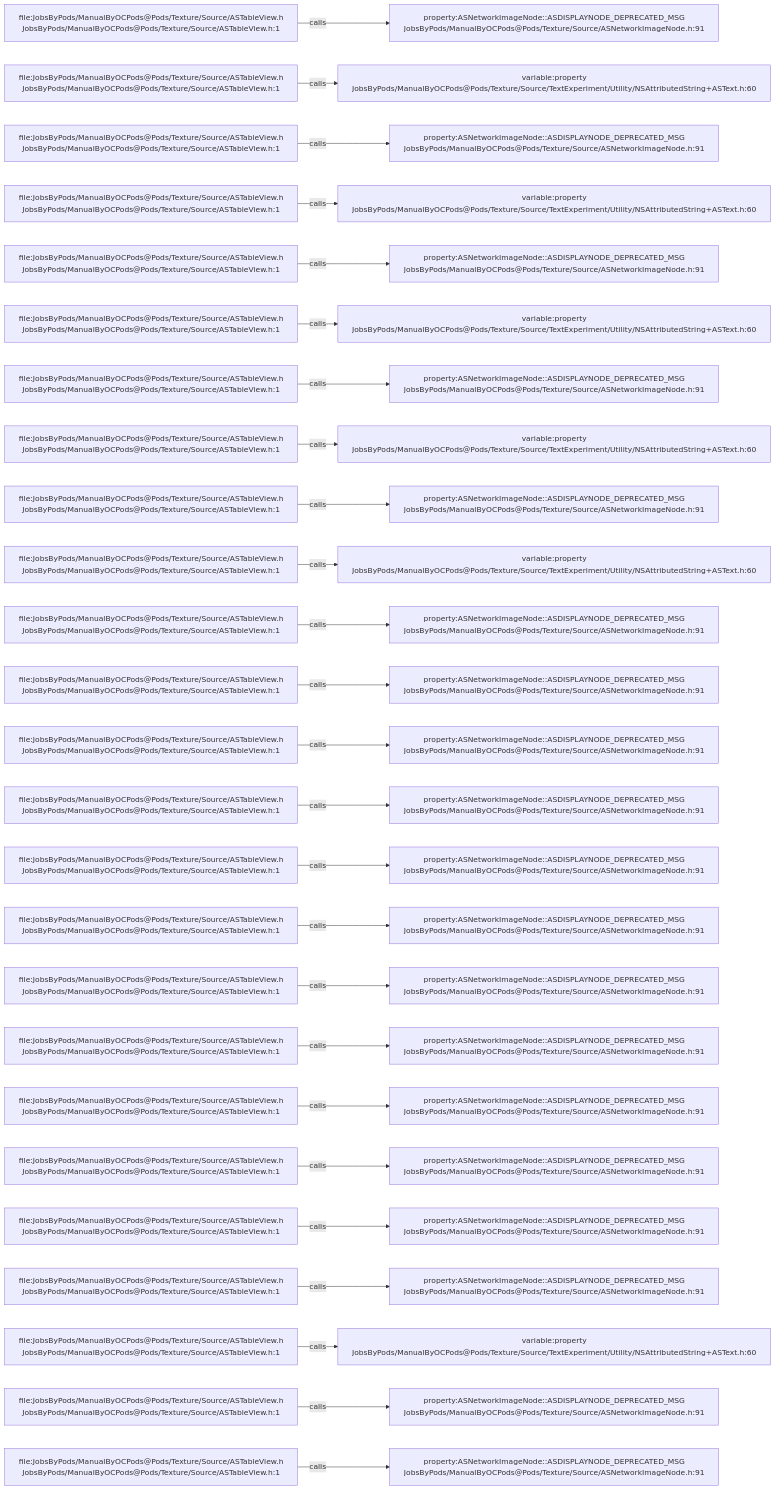
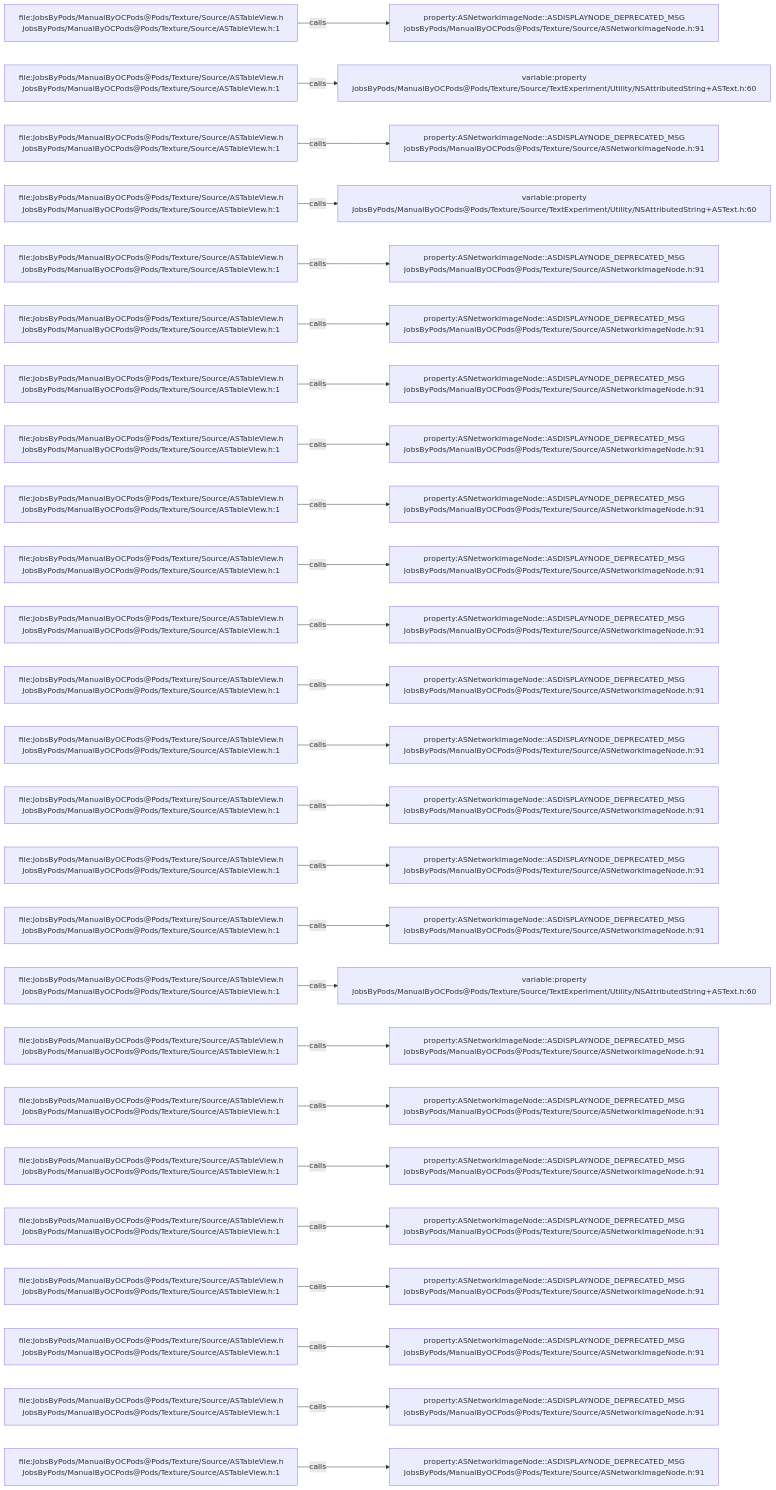
The diagram in .codegraph/codegraph.md/graphs/calls-117.md (JobsKits/JobsOCBaseConfigDemo), drawn with Mermaid before and after one commit. The commit also changed 666 other files, not shown here.

````diff
--- a/.codegraph/codegraph.md/graphs/calls-117.md
+++ b/.codegraph/codegraph.md/graphs/calls-117.md
@@ -13,78 +13,78 @@
 ```mermaid
 flowchart LR
   S1["file:JobsByPods/ManualByOCPods@Pods/Texture/Source/ASTableView.h<br/>JobsByPods/ManualByOCPods@Pods/Texture/Source/ASTableView.h:1"]
   T1["property:ASNetworkImageNode::ASDISPLAYNODE_DEPRECATED_MSG<br/>JobsByPods/ManualByOCPods@Pods/Texture/Source/ASNetworkImageNode.h:91"]
   S1 -->|calls| T1
   S2["file:JobsByPods/ManualByOCPods@Pods/Texture/Source/ASTableView.h<br/>JobsByPods/ManualByOCPods@Pods/Texture/Source/ASTableView.h:1"]
   T2["variable:property<br/>JobsByPods/ManualByOCPods@Pods/Texture/Source/TextExperiment/Utility/NSAttributedString+ASText.h:60"]
   S2 -->|calls| T2
   S3["file:JobsByPods/ManualByOCPods@Pods/Texture/Source/ASTableView.h<br/>JobsByPods/ManualByOCPods@Pods/Texture/Source/ASTableView.h:1"]
   T3["property:ASNetworkImageNode::ASDISPLAYNODE_DEPRECATED_MSG<br/>JobsByPods/ManualByOCPods@Pods/Texture/Source/ASNetworkImageNode.h:91"]
   S3 -->|calls| T3
   S4["file:JobsByPods/ManualByOCPods@Pods/Texture/Source/ASTableView.h<br/>JobsByPods/ManualByOCPods@Pods/Texture/Source/ASTableView.h:1"]
   T4["variable:property<br/>JobsByPods/ManualByOCPods@Pods/Texture/Source/TextExperiment/Utility/NSAttributedString+ASText.h:60"]
   S4 -->|calls| T4
   S5["file:JobsByPods/ManualByOCPods@Pods/Texture/Source/ASTableView.h<br/>JobsByPods/ManualByOCPods@Pods/Texture/Source/ASTableView.h:1"]
   T5["property:ASNetworkImageNode::ASDISPLAYNODE_DEPRECATED_MSG<br/>JobsByPods/ManualByOCPods@Pods/Texture/Source/ASNetworkImageNode.h:91"]
   S5 -->|calls| T5
   S6["file:JobsByPods/ManualByOCPods@Pods/Texture/Source/ASTableView.h<br/>JobsByPods/ManualByOCPods@Pods/Texture/Source/ASTableView.h:1"]
-  T6["variable:property<br/>JobsByPods/ManualByOCPods@Pods/Texture/Source/TextExperiment/Utility/NSAttributedString+ASText.h:60"]
+  T6["property:ASNetworkImageNode::ASDISPLAYNODE_DEPRECATED_MSG<br/>JobsByPods/ManualByOCPods@Pods/Texture/Source/ASNetworkImageNode.h:91"]
   S6 -->|calls| T6
   S7["file:JobsByPods/ManualByOCPods@Pods/Texture/Source/ASTableView.h<br/>JobsByPods/ManualByOCPods@Pods/Texture/Source/ASTableView.h:1"]
   T7["property:ASNetworkImageNode::ASDISPLAYNODE_DEPRECATED_MSG<br/>JobsByPods/ManualByOCPods@Pods/Texture/Source/ASNetworkImageNode.h:91"]
   S7 -->|calls| T7
   S8["file:JobsByPods/ManualByOCPods@Pods/Texture/Source/ASTableView.h<br/>JobsByPods/ManualByOCPods@Pods/Texture/Source/ASTableView.h:1"]
-  T8["variable:property<br/>JobsByPods/ManualByOCPods@Pods/Texture/Source/TextExperiment/Utility/NSAttributedString+ASText.h:60"]
+  T8["property:ASNetworkImageNode::ASDISPLAYNODE_DEPRECATED_MSG<br/>JobsByPods/ManualByOCPods@Pods/Texture/Source/ASNetworkImageNode.h:91"]
   S8 -->|calls| T8
   S9["file:JobsByPods/ManualByOCPods@Pods/Texture/Source/ASTableView.h<br/>JobsByPods/ManualByOCPods@Pods/Texture/Source/ASTableView.h:1"]
   T9["property:ASNetworkImageNode::ASDISPLAYNODE_DEPRECATED_MSG<br/>JobsByPods/ManualByOCPods@Pods/Texture/Source/ASNetworkImageNode.h:91"]
   S9 -->|calls| T9
   S10["file:JobsByPods/ManualByOCPods@Pods/Texture/Source/ASTableView.h<br/>JobsByPods/ManualByOCPods@Pods/Texture/Source/ASTableView.h:1"]
-  T10["variable:property<br/>JobsByPods/ManualByOCPods@Pods/Texture/Source/TextExperiment/Utility/NSAttributedString+ASText.h:60"]
+  T10["property:ASNetworkImageNode::ASDISPLAYNODE_DEPRECATED_MSG<br/>JobsByPods/ManualByOCPods@Pods/Texture/Source/ASNetworkImageNode.h:91"]
   S10 -->|calls| T10
   S11["file:JobsByPods/ManualByOCPods@Pods/Texture/Source/ASTableView.h<br/>JobsByPods/ManualByOCPods@Pods/Texture/Source/ASTableView.h:1"]
   T11["property:ASNetworkImageNode::ASDISPLAYNODE_DEPRECATED_MSG<br/>JobsByPods/ManualByOCPods@Pods/Texture/Source/ASNetworkImageNode.h:91"]
   S11 -->|calls| T11
   S12["file:JobsByPods/ManualByOCPods@Pods/Texture/Source/ASTableView.h<br/>JobsByPods/ManualByOCPods@Pods/Texture/Source/ASTableView.h:1"]
   T12["property:ASNetworkImageNode::ASDISPLAYNODE_DEPRECATED_MSG<br/>JobsByPods/ManualByOCPods@Pods/Texture/Source/ASNetworkImageNode.h:91"]
   S12 -->|calls| T12
   S13["file:JobsByPods/ManualByOCPods@Pods/Texture/Source/ASTableView.h<br/>JobsByPods/ManualByOCPods@Pods/Texture/Source/ASTableView.h:1"]
   T13["property:ASNetworkImageNode::ASDISPLAYNODE_DEPRECATED_MSG<br/>JobsByPods/ManualByOCPods@Pods/Texture/Source/ASNetworkImageNode.h:91"]
   S13 -->|calls| T13
   S14["file:JobsByPods/ManualByOCPods@Pods/Texture/Source/ASTableView.h<br/>JobsByPods/ManualByOCPods@Pods/Texture/Source/ASTableView.h:1"]
   T14["property:ASNetworkImageNode::ASDISPLAYNODE_DEPRECATED_MSG<br/>JobsByPods/ManualByOCPods@Pods/Texture/Source/ASNetworkImageNode.h:91"]
   S14 -->|calls| T14
   S15["file:JobsByPods/ManualByOCPods@Pods/Texture/Source/ASTableView.h<br/>JobsByPods/ManualByOCPods@Pods/Texture/Source/ASTableView.h:1"]
   T15["property:ASNetworkImageNode::ASDISPLAYNODE_DEPRECATED_MSG<br/>JobsByPods/ManualByOCPods@Pods/Texture/Source/ASNetworkImageNode.h:91"]
   S15 -->|calls| T15
   S16["file:JobsByPods/ManualByOCPods@Pods/Texture/Source/ASTableView.h<br/>JobsByPods/ManualByOCPods@Pods/Texture/Source/ASTableView.h:1"]
   T16["property:ASNetworkImageNode::ASDISPLAYNODE_DEPRECATED_MSG<br/>JobsByPods/ManualByOCPods@Pods/Texture/Source/ASNetworkImageNode.h:91"]
   S16 -->|calls| T16
   S17["file:JobsByPods/ManualByOCPods@Pods/Texture/Source/ASTableView.h<br/>JobsByPods/ManualByOCPods@Pods/Texture/Source/ASTableView.h:1"]
-  T17["property:ASNetworkImageNode::ASDISPLAYNODE_DEPRECATED_MSG<br/>JobsByPods/ManualByOCPods@Pods/Texture/Source/ASNetworkImageNode.h:91"]
+  T17["variable:property<br/>JobsByPods/ManualByOCPods@Pods/Texture/Source/TextExperiment/Utility/NSAttributedString+ASText.h:60"]
   S17 -->|calls| T17
   S18["file:JobsByPods/ManualByOCPods@Pods/Texture/Source/ASTableView.h<br/>JobsByPods/ManualByOCPods@Pods/Texture/Source/ASTableView.h:1"]
   T18["property:ASNetworkImageNode::ASDISPLAYNODE_DEPRECATED_MSG<br/>JobsByPods/ManualByOCPods@Pods/Texture/Source/ASNetworkImageNode.h:91"]
   S18 -->|calls| T18
   S19["file:JobsByPods/ManualByOCPods@Pods/Texture/Source/ASTableView.h<br/>JobsByPods/ManualByOCPods@Pods/Texture/Source/ASTableView.h:1"]
   T19["property:ASNetworkImageNode::ASDISPLAYNODE_DEPRECATED_MSG<br/>JobsByPods/ManualByOCPods@Pods/Texture/Source/ASNetworkImageNode.h:91"]
   S19 -->|calls| T19
   S20["file:JobsByPods/ManualByOCPods@Pods/Texture/Source/ASTableView.h<br/>JobsByPods/ManualByOCPods@Pods/Texture/Source/ASTableView.h:1"]
   T20["property:ASNetworkImageNode::ASDISPLAYNODE_DEPRECATED_MSG<br/>JobsByPods/ManualByOCPods@Pods/Texture/Source/ASNetworkImageNode.h:91"]
   S20 -->|calls| T20
   S21["file:JobsByPods/ManualByOCPods@Pods/Texture/Source/ASTableView.h<br/>JobsByPods/ManualByOCPods@Pods/Texture/Source/ASTableView.h:1"]
   T21["property:ASNetworkImageNode::ASDISPLAYNODE_DEPRECATED_MSG<br/>JobsByPods/ManualByOCPods@Pods/Texture/Source/ASNetworkImageNode.h:91"]
   S21 -->|calls| T21
   S22["file:JobsByPods/ManualByOCPods@Pods/Texture/Source/ASTableView.h<br/>JobsByPods/ManualByOCPods@Pods/Texture/Source/ASTableView.h:1"]
   T22["property:ASNetworkImageNode::ASDISPLAYNODE_DEPRECATED_MSG<br/>JobsByPods/ManualByOCPods@Pods/Texture/Source/ASNetworkImageNode.h:91"]
   S22 -->|calls| T22
   S23["file:JobsByPods/ManualByOCPods@Pods/Texture/Source/ASTableView.h<br/>JobsByPods/ManualByOCPods@Pods/Texture/Source/ASTableView.h:1"]
-  T23["variable:property<br/>JobsByPods/ManualByOCPods@Pods/Texture/Source/TextExperiment/Utility/NSAttributedString+ASText.h:60"]
+  T23["property:ASNetworkImageNode::ASDISPLAYNODE_DEPRECATED_MSG<br/>JobsByPods/ManualByOCPods@Pods/Texture/Source/ASNetworkImageNode.h:91"]
   S23 -->|calls| T23
   S24["file:JobsByPods/ManualByOCPods@Pods/Texture/Source/ASTableView.h<br/>JobsByPods/ManualByOCPods@Pods/Texture/Source/ASTableView.h:1"]
   T24["property:ASNetworkImageNode::ASDISPLAYNODE_DEPRECATED_MSG<br/>JobsByPods/ManualByOCPods@Pods/Texture/Source/ASNetworkImageNode.h:91"]
   S24 -->|calls| T24
   S25["file:JobsByPods/ManualByOCPods@Pods/Texture/Source/ASTableView.h<br/>JobsByPods/ManualByOCPods@Pods/Texture/Source/ASTableView.h:1"]
   T25["property:ASNetworkImageNode::ASDISPLAYNODE_DEPRECATED_MSG<br/>JobsByPods/ManualByOCPods@Pods/Texture/Source/ASNetworkImageNode.h:91"]
   S25 -->|calls| T25
 ```
````
